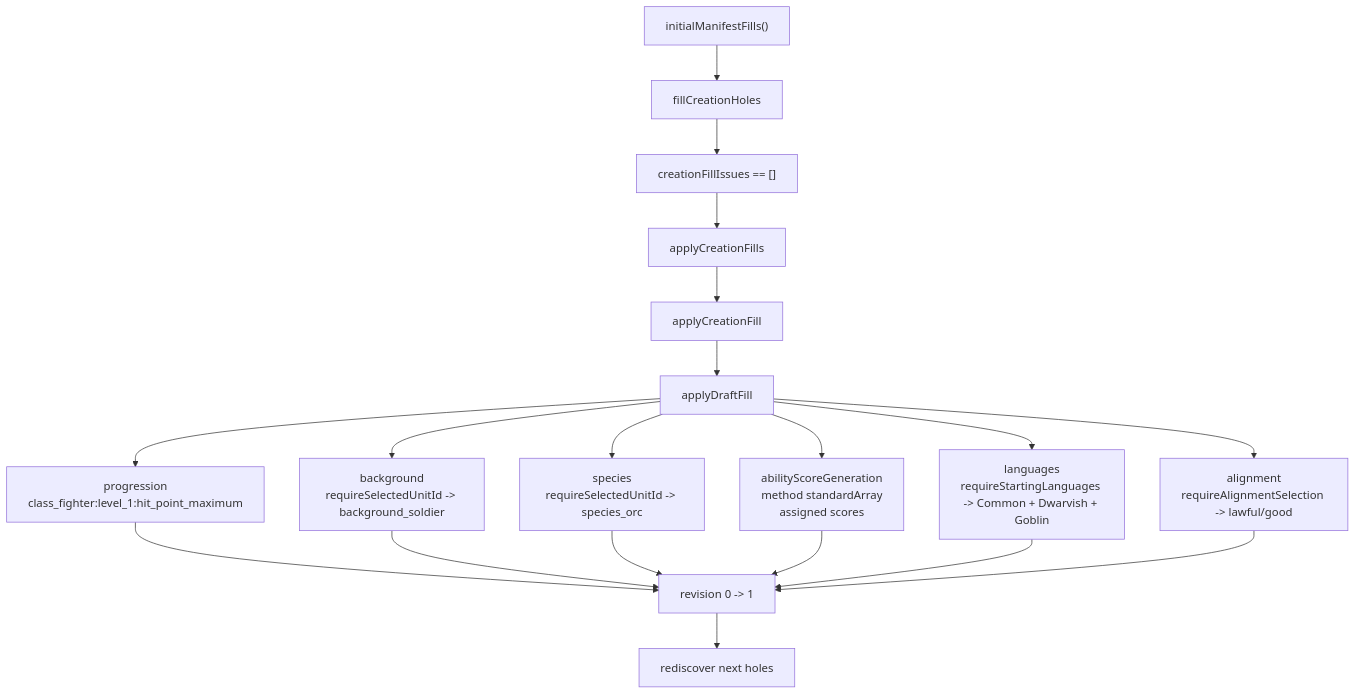
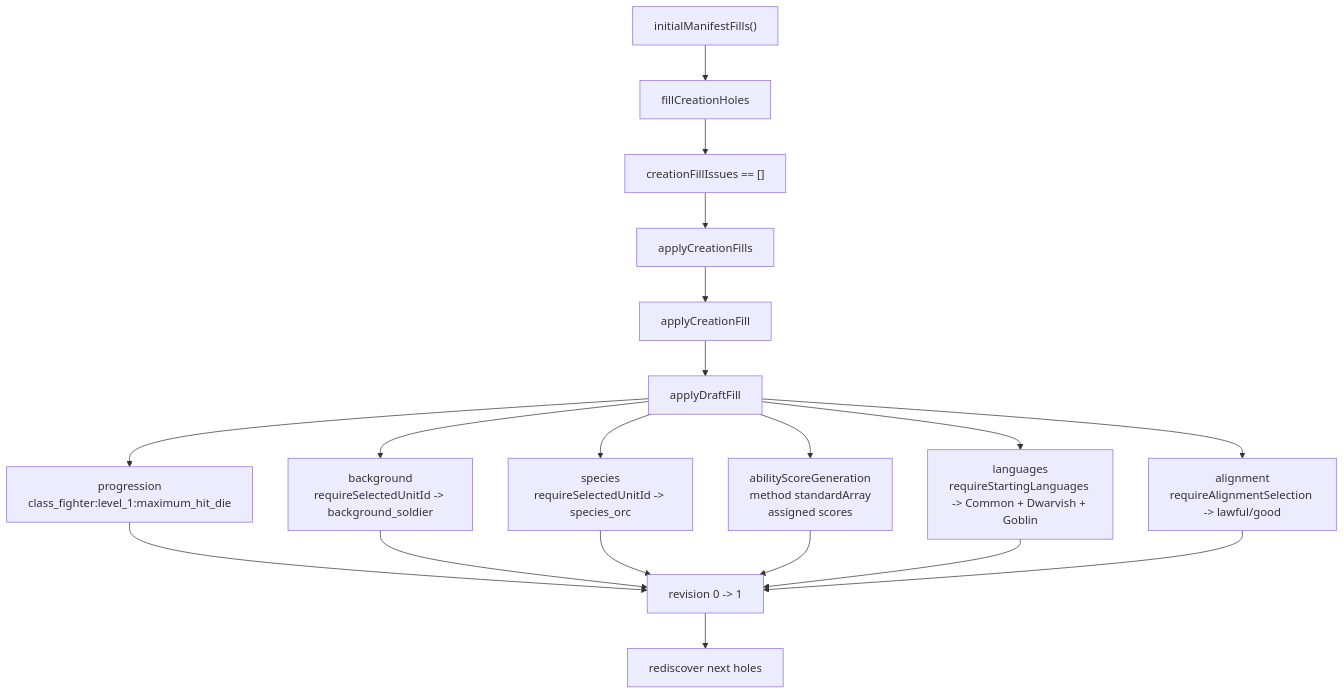
Before and after one commit to dearlordylord/5e-quint: the fifth of 10 diagrams in packages/character-creation-runtime/EXPLANATORY_TIME_DIAGRAM.md, drawn with Mermaid. The commit also changed other lines of this file and 18 other files, not shown here.

````diff
--- a/packages/character-creation-runtime/EXPLANATORY_TIME_DIAGRAM.md
+++ b/packages/character-creation-runtime/EXPLANATORY_TIME_DIAGRAM.md
@@ -313,32 +313,32 @@
 ```mermaid
 flowchart TD
   Batch["initialManifestFills()"]
   Fill["fillCreationHoles"]
   Validate["creationFillIssues == []"]
   Apply["applyCreationFills"]
   Dispatch["applyCreationFill"]
   DraftFill["applyDraftFill"]
-  Progression["progression<br/>class_fighter:level_1:hit_point_maximum"]
+  Progression["progression<br/>class_fighter:level_1:maximum_hit_die"]
   Background["background<br/>requireSelectedUnitId -> background_soldier"]
   Species["species<br/>requireSelectedUnitId -> species_orc"]
   Scores["abilityScoreGeneration<br/>method standardArray<br/>assigned scores"]
   Languages["languages<br/>requireStartingLanguages -> Common + Dwarvish + Goblin"]
   Alignment["alignment<br/>requireAlignmentSelection -> lawful/good"]
   Rev["revision 0 -> 1"]
   Next["rediscover next holes"]
 
   Batch --> Fill --> Validate --> Apply --> Dispatch --> DraftFill
   DraftFill --> Progression
   DraftFill --> Background
   DraftFill --> Species
   DraftFill --> Scores
   DraftFill --> Languages
   DraftFill --> Alignment
   Progression --> Rev
   Background --> Rev
   Species --> Rev
   Scores --> Rev
   Languages --> Rev
   Alignment --> Rev
   Rev --> Next
 ```
````
